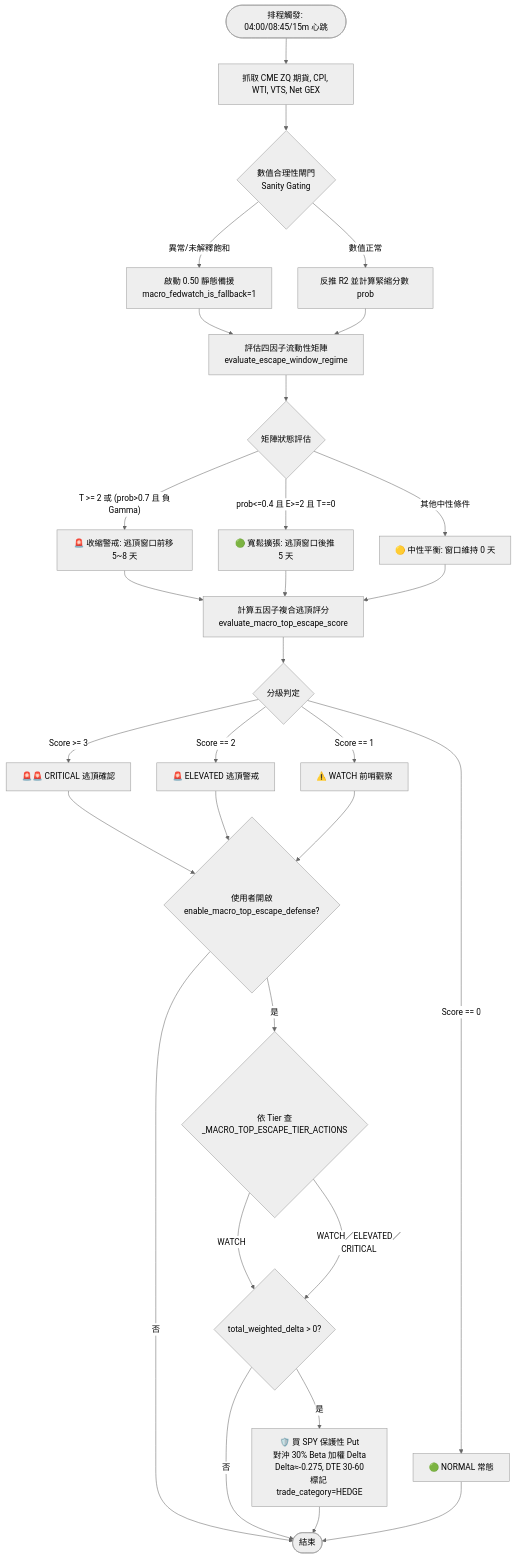
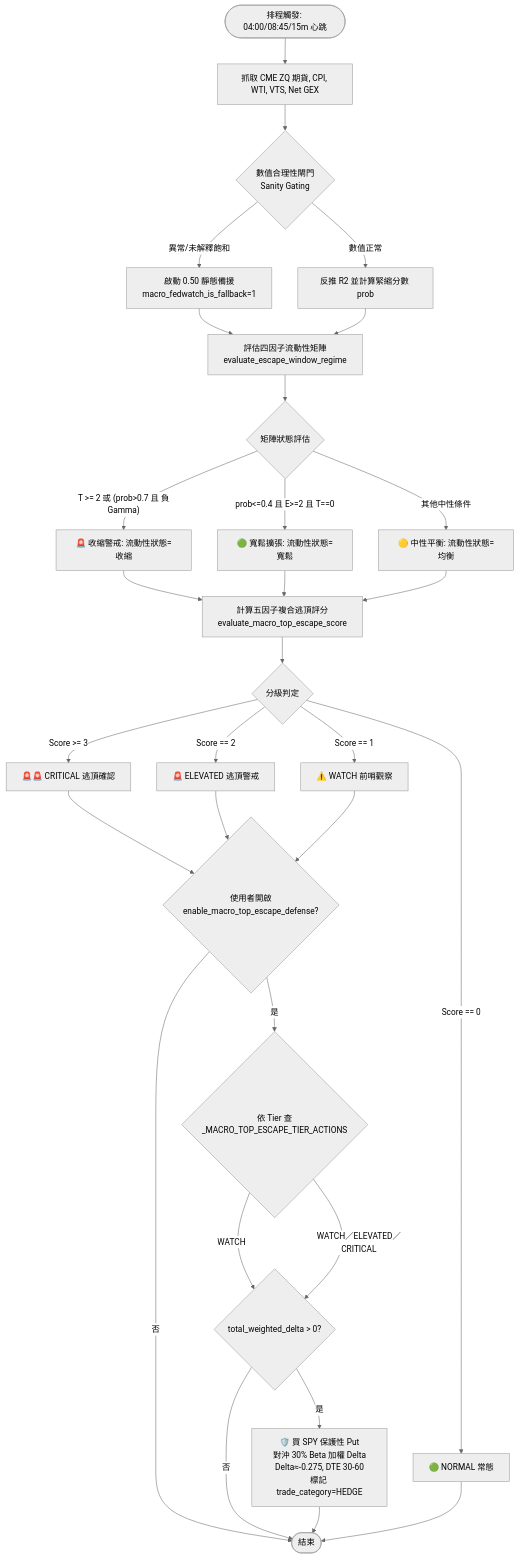
One commit to cosmo-chang-1701/nexus-seeker changed the diagram in docs/macro_sentiment/01_macro_escape_top_matrix.md. Above: the diagram before and after it, drawn with Mermaid (neutral theme). The commit also changed other lines of this file and 27 other files, not shown here.

````diff
--- a/docs/macro_sentiment/01_macro_escape_top_matrix.md
+++ b/docs/macro_sentiment/01_macro_escape_top_matrix.md
@@ -167,42 +177,42 @@
 ```mermaid
 flowchart TD
     Start([排程觸發: 04:00/08:45/15m 心跳]) --> FetchMacro[抓取 CME ZQ 期貨, CPI, WTI, VTS, Net GEX]
     FetchMacro --> SanityCheck{"數值合理性閘門<br/>Sanity Gating"}
 
     SanityCheck -- 異常/未解釋飽和 --> FallbackState["啟動 0.50 靜態備援<br/>macro_fedwatch_is_fallback=1"]
     SanityCheck -- 數值正常 --> CalculateProb[反推 R2 並計算緊縮分數 prob]
 
     FallbackState --> EscapeRegime["評估四因子流動性矩陣<br/>evaluate_escape_window_regime"]
     CalculateProb --> EscapeRegime
 
-    EscapeRegime --> WindowShift{矩陣狀態評估}
-    WindowShift -- "T >= 2 或 (prob>0.7 且 負Gamma)" --> ShiftEarly[🚨 收縮警戒: 逃頂窗口前移 5~8 天]
-    WindowShift -- "prob<=0.4 且 E>=2 且 T==0" --> ShiftLate[🟢 寬鬆擴張: 逃頂窗口後推 5 天]
-    WindowShift -- 其他中性條件 --> ShiftNeutral[🟡 中性平衡: 窗口維持 0 天]
+    EscapeRegime --> LiqState{矩陣狀態評估}
+    LiqState -- "T >= 2 或 (prob>0.7 且 負Gamma)" --> ShiftEarly[🚨 收縮警戒: 流動性狀態=收縮]
+    LiqState -- "prob<=0.4 且 E>=2 且 T==0" --> ShiftLate[🟢 寬鬆擴張: 流動性狀態=寬鬆]
+    LiqState -- 其他中性條件 --> ShiftNeutral[🟡 中性平衡: 流動性狀態=均衡]
 
     ShiftEarly --> TopEscapeScore["計算五因子複合逃頂評分<br/>evaluate_macro_top_escape_score"]
     ShiftLate --> TopEscapeScore
     ShiftNeutral --> TopEscapeScore
 
     TopEscapeScore --> CheckTier{分級判定}
     CheckTier -- "Score >= 3" --> CriticalTier[🚨🚨 CRITICAL 逃頂確認]
     CheckTier -- "Score == 2" --> ElevatedTier[🚨 ELEVATED 逃頂警戒]
     CheckTier -- "Score == 1" --> WatchTier[⚠️ WATCH 前哨觀察]
     CheckTier -- "Score == 0" --> NormalTier[🟢 NORMAL 常態]
 
     CriticalTier --> Scenario6Gate{"使用者開啟<br/>enable_macro_top_escape_defense?"}
     ElevatedTier --> Scenario6Gate
     WatchTier --> Scenario6Gate
 
     Scenario6Gate -- 否 --> EndReport[僅呈現終端 Embed 警報]
     Scenario6Gate -- 是 --> TierAction{"依 Tier 查<br/>_MACRO_TOP_ESCAPE_TIER_ACTIONS"}
 
     TierAction -- WATCH --> DeltaCheck{"total_weighted_delta > 0?"}
     DeltaCheck -- 否 --> EndReport
     DeltaCheck -- 是 --> BuyPut["🛡️ 買 SPY 保護性 Put<br/>對沖 30% Beta 加權 Delta<br/>Delta≈-0.275, DTE 30-60<br/>標記 trade_category=HEDGE"]
 
     TierAction -- "WATCH／ELEVATED／CRITICAL" --> DeltaCheck
 
     NormalTier --> EndReport
     BuyPut --> EndReport([結束])
 ```
````
